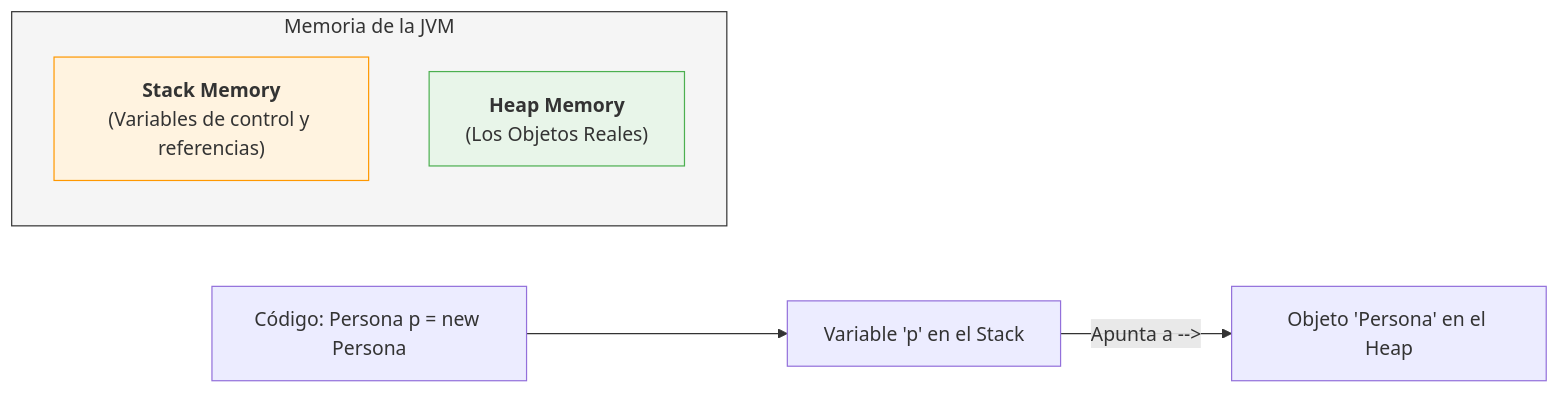
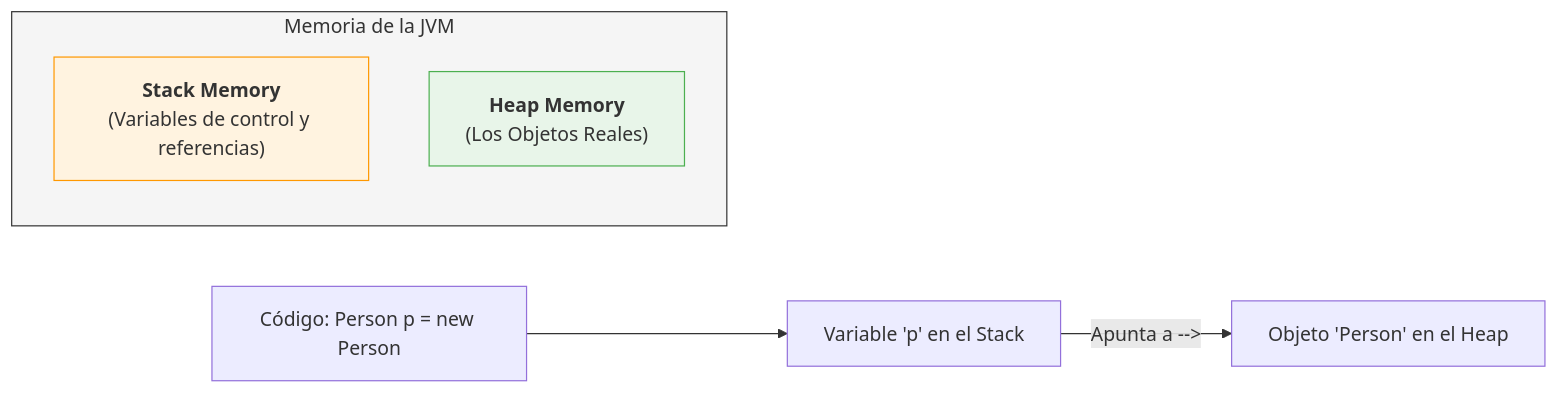
One commit to joshua-arnao/java-learning changed the third of 5 diagrams in bases.md. Above: the diagram before and after it, drawn with Mermaid. The commit also changed other lines of this file, not shown here.

````diff
--- a/bases.md
+++ b/bases.md
@@ -91,15 +100,15 @@
 ```mermaid
 graph LR
     subgraph JVM_Memory [Memoria de la JVM]
         direction TB
         Stack["<b>Stack Memory</b><br/>(Variables de control y referencias)"]
         Heap["<b>Heap Memory</b><br/>(Los Objetos Reales)"]
     end
 
-    UserCode[Código: Persona p = new Persona] --> Ref[Variable 'p' en el Stack]
-    Ref -- "Apunta a -->" --> Obj[Objeto 'Persona' en el Heap]
+    UserCode[Código: Person p = new Person] --> Ref[Variable 'p' en el Stack]
+    Ref -- "Apunta a -->" --> Obj[Objeto 'Person' en el Heap]
 
     style Stack fill:#fff3e0,stroke:#ff9800
     style Heap fill:#e8f5e9,stroke:#4caf50
     style JVM_Memory fill:#f5f5f5,stroke:#333
 ```
````
